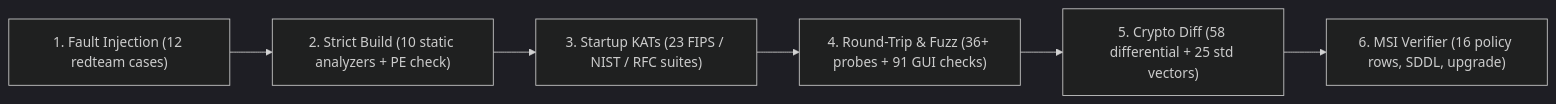
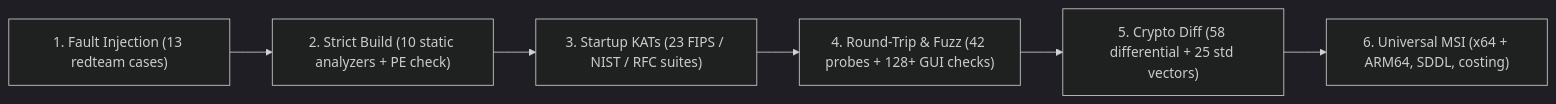
One commit to xxtsxx/Vordr changed the second of 2 diagrams in docs/TRUST.md. Above: the diagram before and after it, drawn with Mermaid (dark theme). The commit also changed other lines of this file and 23 other files, not shown here.

````diff
--- a/docs/TRUST.md
+++ b/docs/TRUST.md
@@ -71,8 +71,8 @@
 ```mermaid
 flowchart LR
-    S1["1. Fault Injection (12 redteam cases)"] --> S2["2. Strict Build (10 static analyzers + PE check)"]
+    S1["1. Fault Injection (13 redteam cases)"] --> S2["2. Strict Build (10 static analyzers + PE check)"]
     S2 --> S3["3. Startup KATs (23 FIPS / NIST / RFC suites)"]
-    S3 --> S4["4. Round-Trip & Fuzz (36+ probes + 91 GUI checks)"]
+    S3 --> S4["4. Round-Trip & Fuzz (42 probes + 128+ GUI checks)"]
     S4 --> S5["5. Crypto Diff (58 differential + 25 std vectors)"]
-    S5 --> S6["6. MSI Verifier (16 policy rows, SDDL, upgrade)"]
+    S5 --> S6["6. Universal MSI (x64 + ARM64, SDDL, costing)"]
 ```
````
